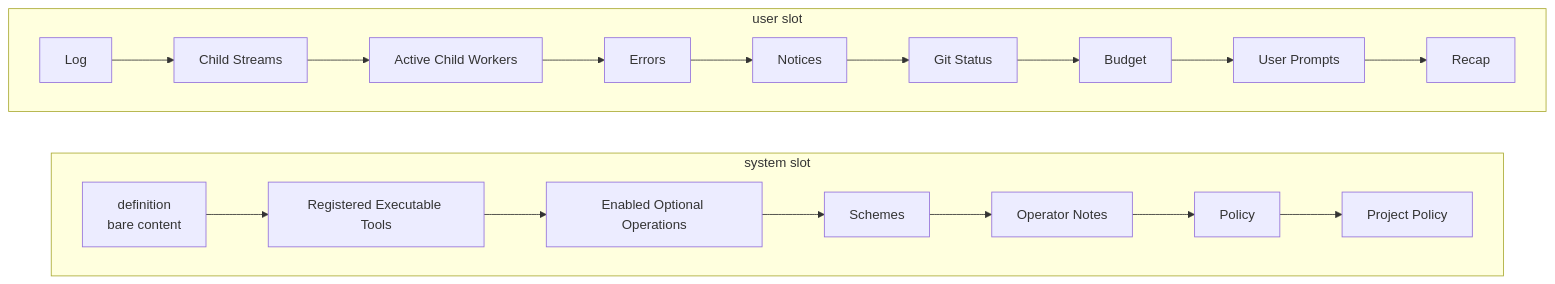
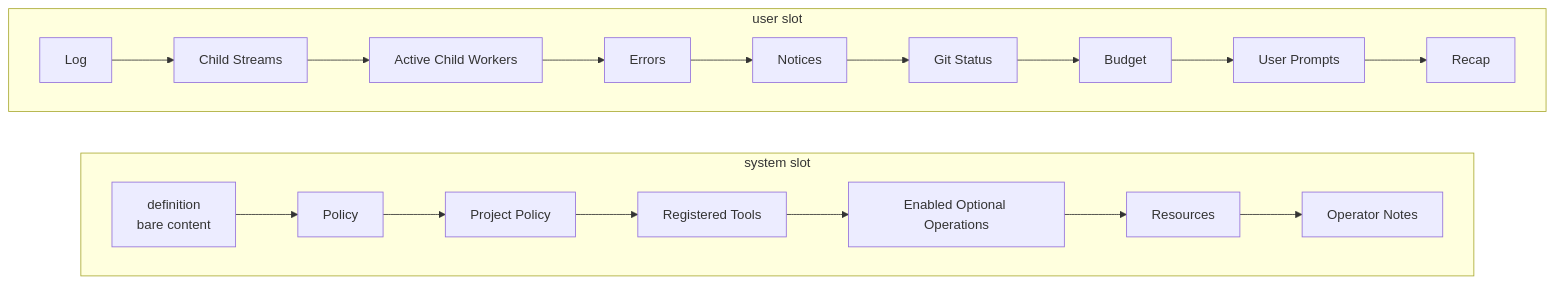
Before and after one commit to plurnk/plurnk-service: the diagram in plurnk-plurnkdown/SPEC.md, drawn with Mermaid. The commit also changed other lines of this file and 49 other files, not shown here.

Commit message:
refactor(exec): complete registered tools teaching (#236)

````diff
--- a/plurnk-plurnkdown/SPEC.md
+++ b/plurnk-plurnkdown/SPEC.md
@@ -26,24 +26,24 @@
 ```mermaid
 flowchart LR
     subgraph system[system slot]
         direction LR
-        definition["definition<br/>bare content"] --> tools["Registered Executable Tools"]
+        definition["definition<br/>bare content"] --> policy["Policy"]
+        policy --> project["Project Policy"]
+        project --> tools["Registered Tools"]
         tools --> optional["Enabled Optional Operations"]
-        optional --> schemes["Schemes"]
+        optional --> schemes["Resources"]
         schemes --> notes["Operator Notes"]
-        notes --> policy["Policy"]
-        policy --> project["Project Policy"]
     end
 
     subgraph user[user slot]
         direction LR
         log["Log"] --> streams["Child Streams"]
         streams --> workers["Active Child Workers"]
         workers --> errors["Errors"]
         errors --> notices["Notices"]
         notices --> git["Git Status"]
         git --> budget["Budget"]
         budget --> prompts["User Prompts"]
         prompts --> recap["Recap"]
     end
 ```
````
